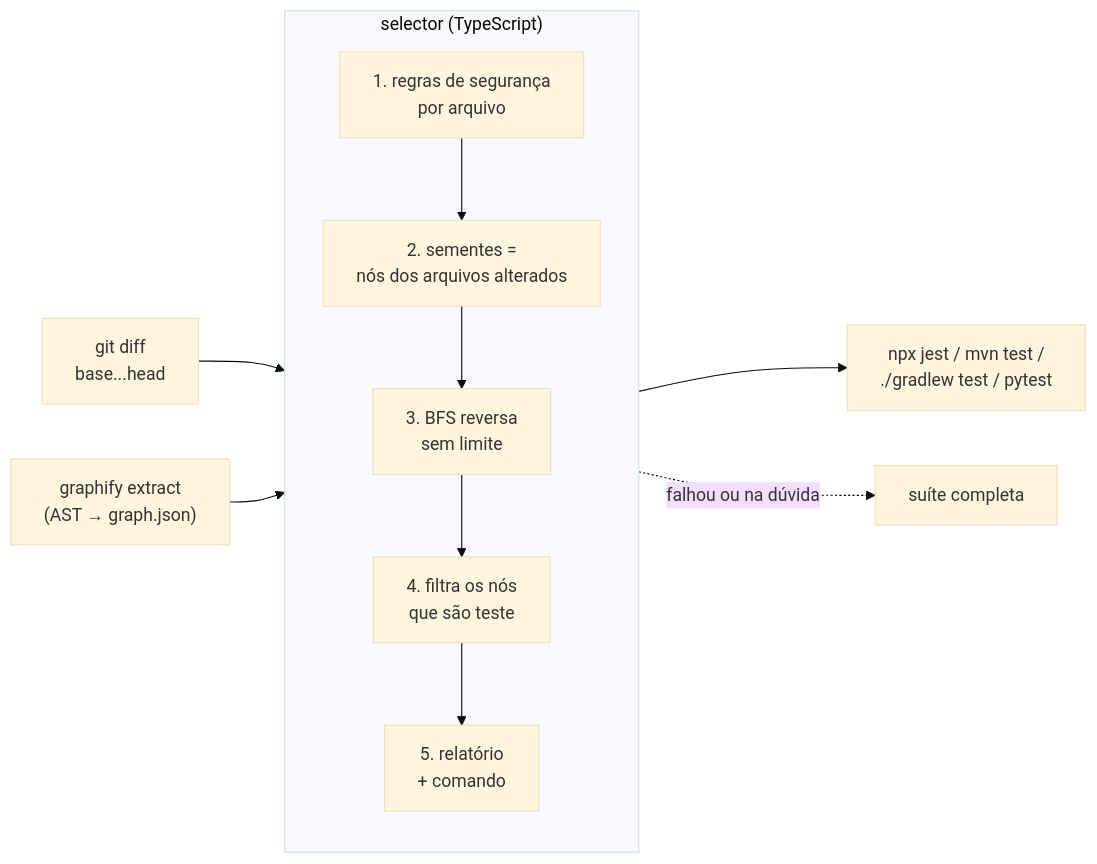
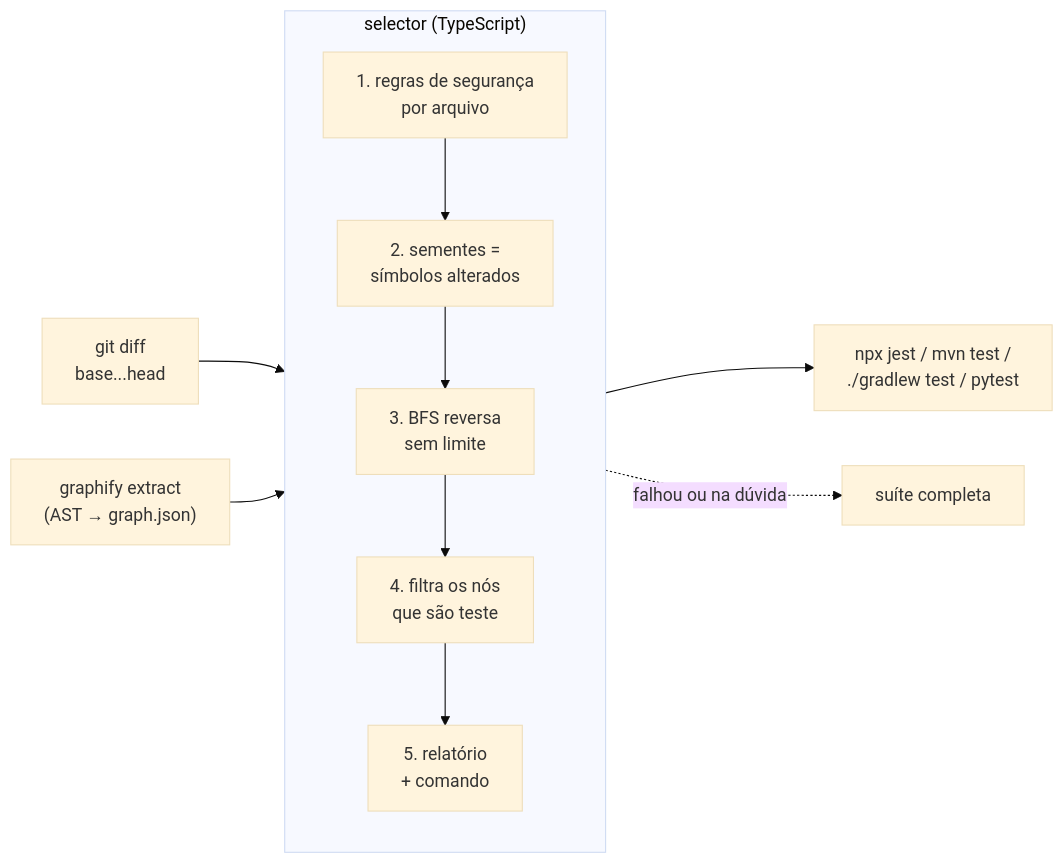
Before and after one commit to Pedronovaesdev/test-graph: the first of 2 diagrams in README.md, drawn with Mermaid (base theme). The commit also changed other lines of this file and 10 other files, not shown here.

````diff
--- a/README.md
+++ b/README.md
@@ -60,14 +60,14 @@
 ```mermaid
 flowchart LR
     A["git diff<br/>base...head"] --> C
     B["graphify extract<br/>(AST → graph.json)"] --> C
     subgraph C["selector (TypeScript)"]
         direction TB
-        C1["1. regras de segurança<br/>por arquivo"] --> C2["2. sementes =<br/>nós dos arquivos alterados"]
+        C1["1. regras de segurança<br/>por arquivo"] --> C2["2. sementes =<br/>símbolos alterados"]
         C2 --> C3["3. BFS reversa<br/>sem limite"]
         C3 --> C4["4. filtra os nós<br/>que são teste"]
         C4 --> C5["5. relatório<br/>+ comando"]
     end
     C --> D["npx jest / mvn test /<br/>./gradlew test / pytest"]
     C -.->|"falhou ou na dúvida"| E["suíte completa"]
 ```
````
